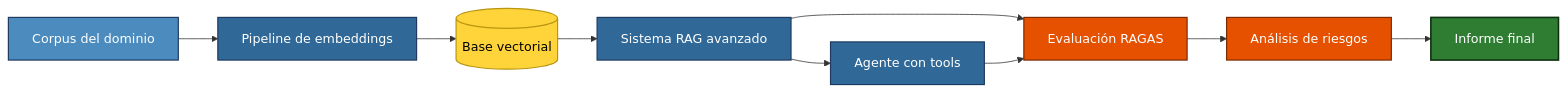
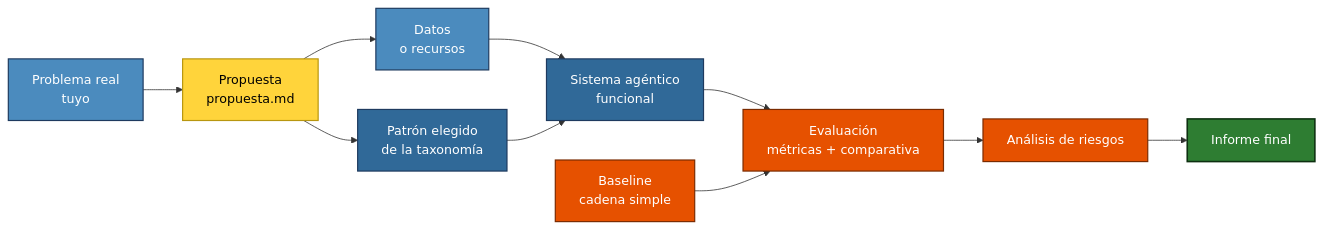
One commit to Adamychen/m10_quarto changed the diagram in evaluables/proyecto-final.qmd. Above: the diagram before and after it, drawn with Mermaid. The commit also changed other lines of this file and 70 other files, not shown here.

````diff
--- a/evaluables/proyecto-final.qmd
+++ b/evaluables/proyecto-final.qmd
@@ -58,25 +75,27 @@
 ```{mermaid}
 graph LR
     classDef input fill:#4B8BBE,stroke:#1e3a5f,color:#fff,stroke-width:1.5px
     classDef proc fill:#306998,stroke:#1e3a5f,color:#fff,stroke-width:1.5px
     classDef doc fill:#FFD43B,stroke:#b8960f,color:#000,stroke-width:1.5px
     classDef tool fill:#e65100,stroke:#7a2b00,color:#fff,stroke-width:1.5px
     classDef out fill:#2e7d32,stroke:#0d3010,color:#fff,stroke-width:2px
 
-    CORPUS[Corpus del dominio]:::input
-    EMB[Pipeline de embeddings]:::proc
-    VDB[(Base vectorial)]:::doc
-    RAG[Sistema RAG avanzado]:::proc
-    AGENT[Agente con tools]:::proc
-    EVAL[Evaluación RAGAS]:::tool
+    PROB[Problema real<br/>tuyo]:::input
+    PROP[Propuesta<br/>propuesta.md]:::doc
+    DATOS[Datos<br/>o recursos]:::input
+    PATRON[Patrón elegido<br/>de la taxonomía]:::proc
+    SIST[Sistema agéntico<br/>funcional]:::proc
+    BASELINE[Baseline<br/>cadena simple]:::tool
+    EVAL[Evaluación<br/>métricas + comparativa]:::tool
     RISK[Análisis de riesgos]:::tool
     REPORT[Informe final]:::out
 
-    CORPUS --> EMB --> VDB
-    VDB --> RAG
-    RAG --> AGENT
-    RAG --> EVAL
-    AGENT --> EVAL
+    PROB --> PROP --> DATOS
+    PROP --> PATRON
+    DATOS --> SIST
+    PATRON --> SIST
+    SIST --> EVAL
+    BASELINE --> EVAL
     EVAL --> RISK
     RISK --> REPORT
 ```
````
